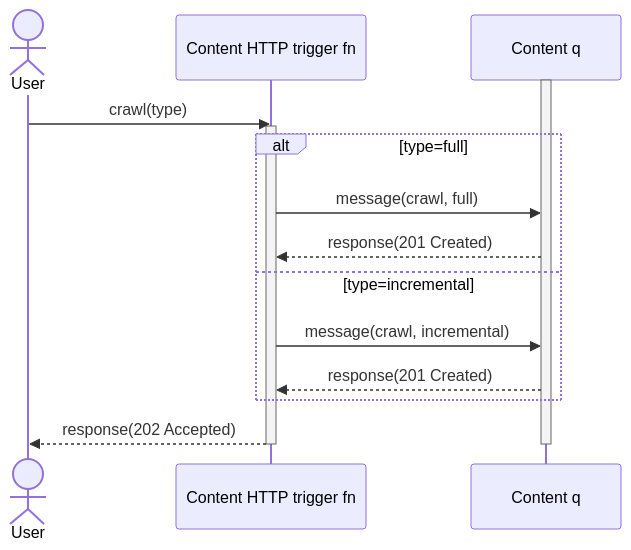
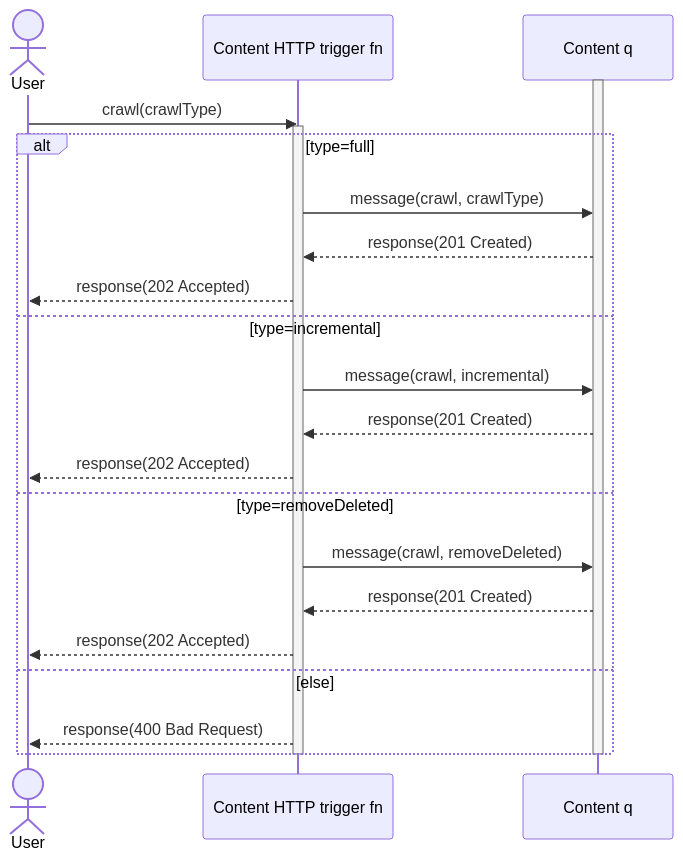
Before and after one commit to garrytrinder/food-catalog-graph-connector: the fourth of 6 diagrams in readme.md, drawn with Mermaid. The commit also changed other lines of this file, not shown here.

Commit message:
Adds deletion diagram Updates diagrams

````diff
--- a/readme.md
+++ b/readme.md
@@ -146,22 +148,29 @@
 ```mermaid
 sequenceDiagram
   actor User
   participant Content HTTP trigger fn
   participant Content q
   
   activate Content q
 
-  User->>Content HTTP trigger fn:crawl(type)
+  User->>Content HTTP trigger fn:crawl(crawlType)
   activate Content HTTP trigger fn
   alt type=full
-    Content HTTP trigger fn->>Content q:message(crawl, full)
+    Content HTTP trigger fn->>Content q:message(crawl, crawlType)
     Content q-->>Content HTTP trigger fn:response(201 Created)
+    Content HTTP trigger fn-->>User:response(202 Accepted)
   else type=incremental
     Content HTTP trigger fn->>Content q:message(crawl, incremental)
     Content q-->>Content HTTP trigger fn:response(201 Created)
+    Content HTTP trigger fn-->>User:response(202 Accepted)
+  else type=removeDeleted
+    Content HTTP trigger fn->>Content q:message(crawl, removeDeleted)
+    Content q-->>Content HTTP trigger fn:response(201 Created)
+    Content HTTP trigger fn-->>User:response(202 Accepted)
+  else else
+    Content HTTP trigger fn-->>User:response(400 Bad Request)  
   end
-  Content HTTP trigger fn-->>User:response(202 Accepted)
   deactivate Content HTTP trigger fn
   
   deactivate Content q
 ```
````
